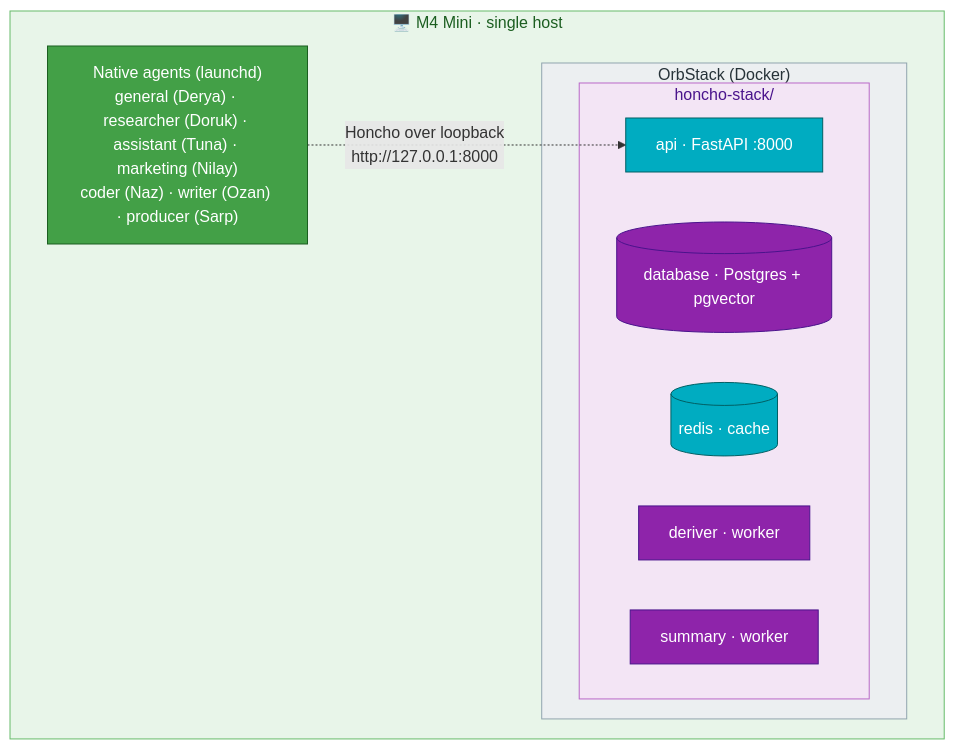
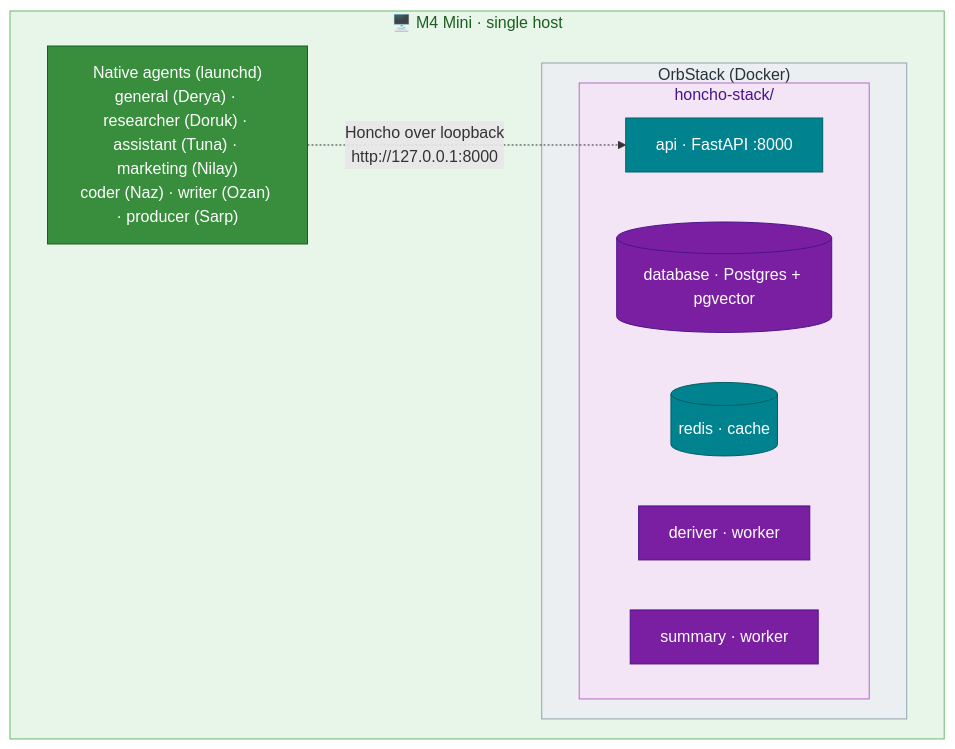
One commit to mpolatcan/hermes-setup changed the second of 2 diagrams in docs/07-memory.md. Above: the diagram before and after it, drawn with Mermaid. The commit also changed other lines of this file and 9 other files, not shown here.

First line of the commit message:
docs: unify mermaid palette to Material Design (legible contrast)

````diff
--- a/docs/07-memory.md
+++ b/docs/07-memory.md
@@ -80,22 +80,22 @@
 ```mermaid
 flowchart TB
     subgraph mini["🖥️ M4 Mini · single host"]
         ag["Native agents (launchd)<br/>general (Derya) · researcher (Doruk) · assistant (Tuna) · marketing (Nilay)<br/>coder (Naz) · writer (Ozan) · producer (Sarp)"]:::mini
         subgraph orb["OrbStack (Docker)"]
             subgraph hs["honcho-stack/"]
                 api["api · FastAPI :8000"]:::svc
                 db[("database · Postgres + pgvector")]:::infra
                 redis[("redis · cache")]:::svc
                 deriver["deriver · worker"]:::infra
                 summary["summary · worker"]:::infra
             end
         end
     end
     ag -. "Honcho over loopback<br/>http://127.0.0.1:8000" .-> api
-    classDef mini fill:#43A047,stroke:#1B5E20,color:#fff
-    classDef svc fill:#00ACC1,stroke:#006064,color:#fff
-    classDef infra fill:#8E24AA,stroke:#4A148C,color:#fff
+    classDef mini fill:#388E3C,stroke:#1B5E20,color:#fff
+    classDef svc fill:#00838F,stroke:#006064,color:#fff
+    classDef infra fill:#7B1FA2,stroke:#4A148C,color:#fff
     style mini fill:#E8F5E9,stroke:#66BB6A,color:#1B5E20
     style orb fill:#ECEFF1,stroke:#90A4AE,color:#263238
     style hs fill:#F3E5F5,stroke:#BA68C8,color:#4A148C
 ```
````
